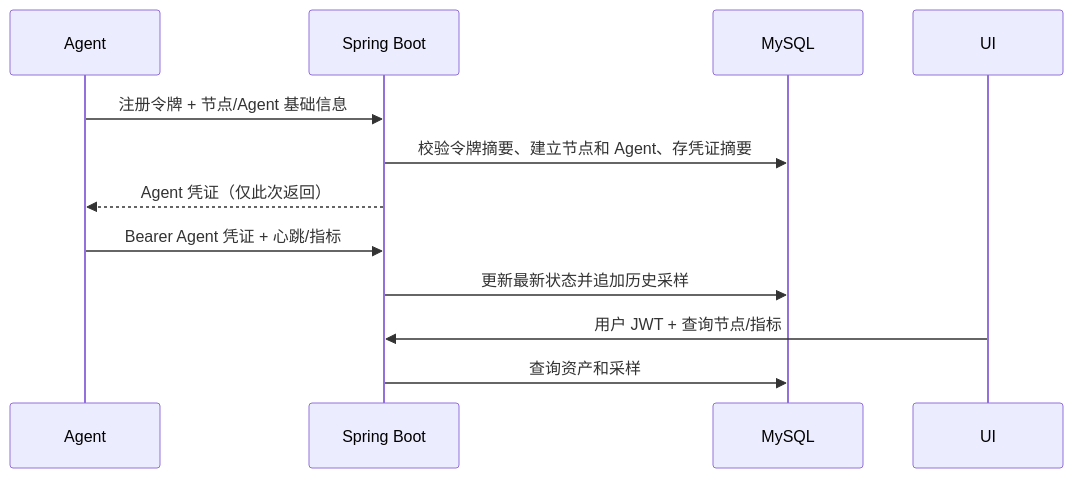
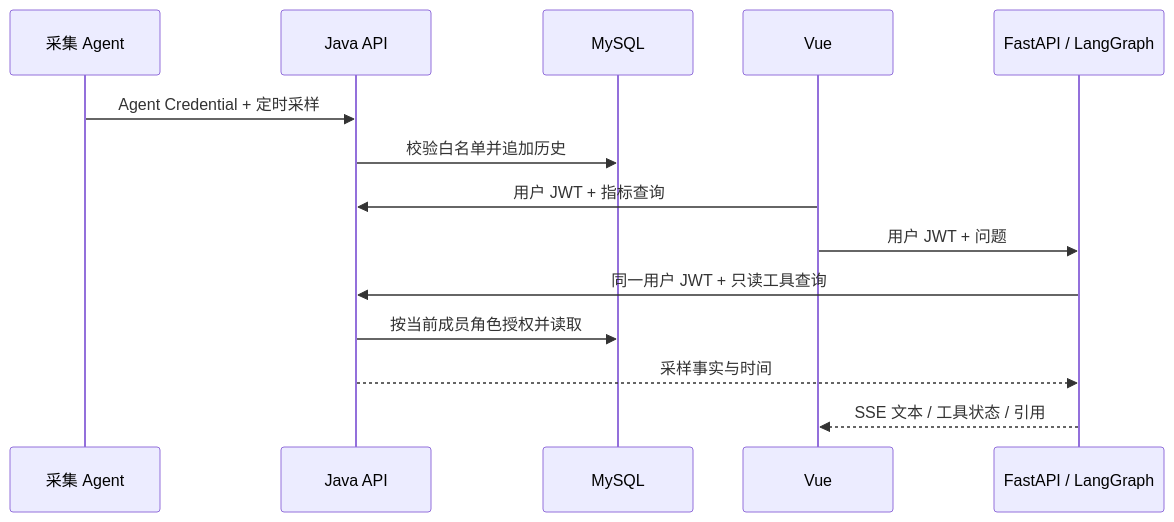
One commit to Zhanghaorenen/aiops changed the diagram in docs/architecture.md. Above: the diagram before and after it, drawn with Mermaid. The commit also changed other lines of this file and 50 other files, not shown here.

````diff
--- a/docs/architecture.md
+++ b/docs/architecture.md
@@ -25,13 +11,16 @@
 ```mermaid
 sequenceDiagram
-  participant A as Agent
-  participant S as Spring Boot
-  participant D as MySQL
-  A->>S: 注册令牌 + 节点/Agent 基础信息
-  S->>D: 校验令牌摘要、建立节点和 Agent、存凭证摘要
-  S-->>A: Agent 凭证（仅此次返回）
-  A->>S: Bearer Agent 凭证 + 心跳/指标
-  S->>D: 更新最新状态并追加历史采样
-  UI->>S: 用户 JWT + 查询节点/指标
-  S->>D: 查询资产和采样
+    participant A as 采集 Agent
+    participant J as Java API
+    participant D as MySQL
+    participant W as Vue
+    participant F as FastAPI / LangGraph
+    A->>J: Agent Credential + 定时采样
+    J->>D: 校验白名单并追加历史
+    W->>J: 用户 JWT + 指标查询
+    W->>F: 用户 JWT + 问题
+    F->>J: 同一用户 JWT + 只读工具查询
+    J->>D: 按当前成员角色授权并读取
+    J-->>F: 采样事实与时间
+    F-->>W: SSE 文本 / 工具状态 / 引用
 ```
````
